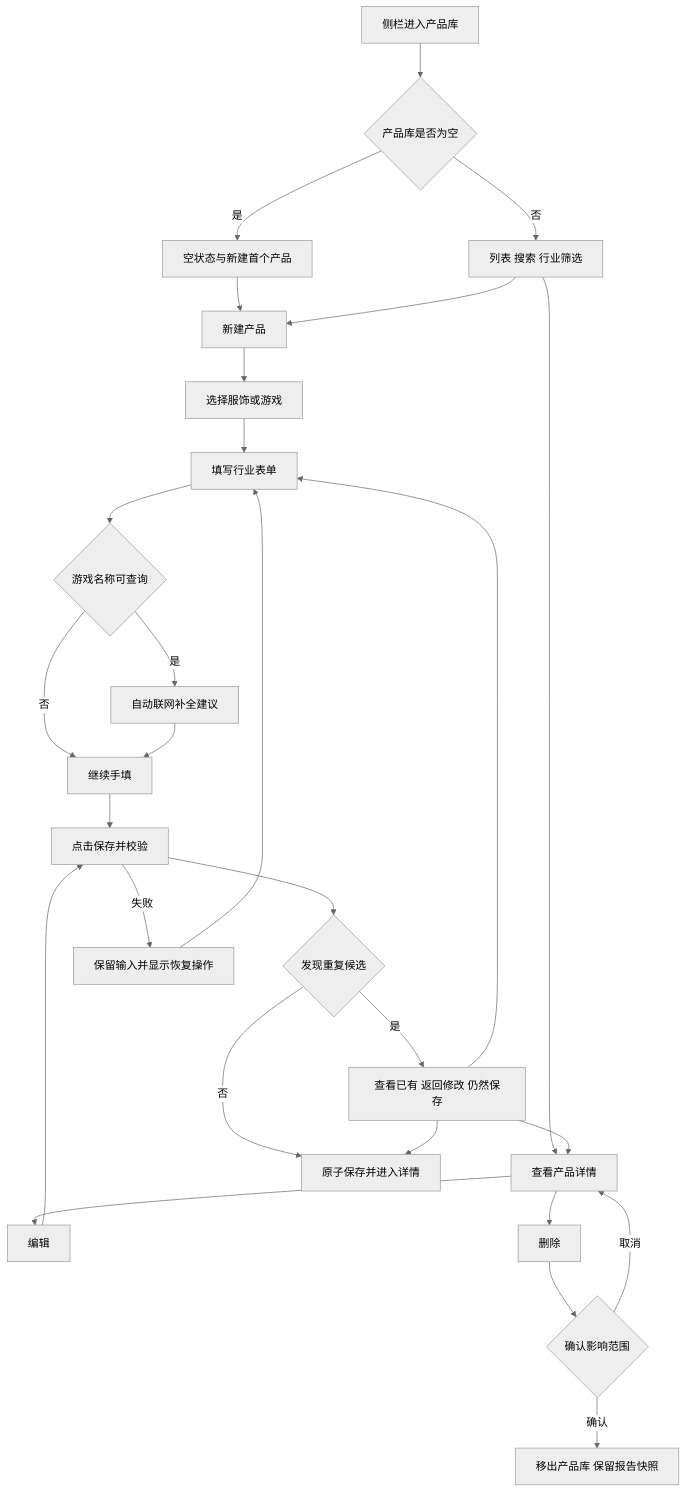
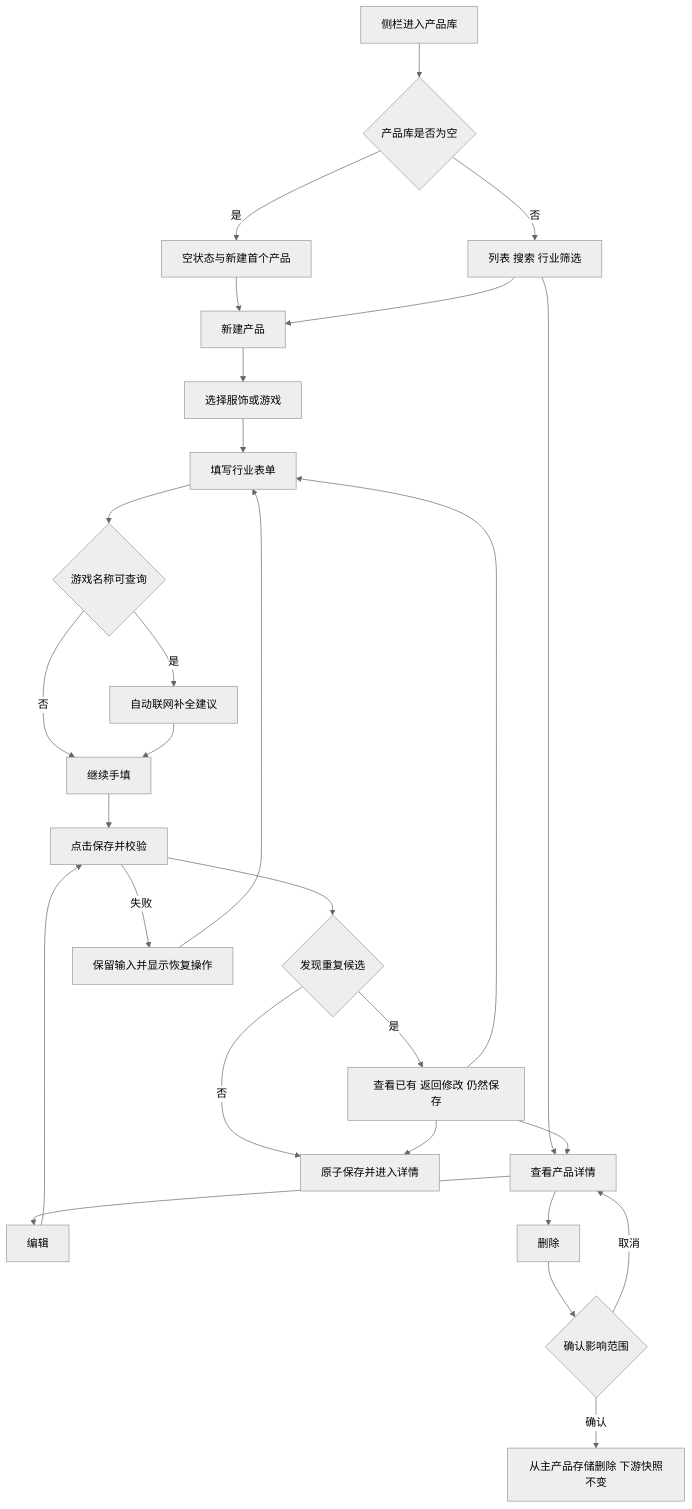
The first of 3 diagrams in docs/requirements/产品库-REQ-0003/产品库-REQ-0003-v1.0.md (wzhic/material), drawn with Mermaid (neutral theme) before and after one commit. The commit also changed other lines of this file and 1 other file, not shown here.

````diff
--- a/docs/requirements/产品库-REQ-0003/产品库-REQ-0003-v1.0.md
+++ b/docs/requirements/产品库-REQ-0003/产品库-REQ-0003-v1.0.md
@@ -270,30 +280,30 @@
 ```mermaid
 flowchart TD
     A[侧栏进入产品库] --> B{产品库是否为空}
     B -- 是 --> C[空状态与新建首个产品]
     B -- 否 --> D[列表 搜索 行业筛选]
     C --> E[新建产品]
     D --> E
     D --> F[查看产品详情]
     F --> G[编辑]
     F --> H[删除]
     E --> I[选择服饰或游戏]
     I --> J[填写行业表单]
     J --> K{游戏名称可查询}
     K -- 是 --> L[自动联网补全建议]
     K -- 否 --> M[继续手填]
     L --> M
     M --> N[点击保存并校验]
     N --> O{发现重复候选}
     O -- 否 --> P[原子保存并进入详情]
     O -- 是 --> Q[查看已有 返回修改 仍然保存]
     Q --> F
     Q --> J
     Q --> P
     N -- 失败 --> R[保留输入并显示恢复操作]
     R --> J
     G --> N
     H --> S{确认影响范围}
     S -- 取消 --> F
-    S -- 确认 --> T[移出产品库 保留报告快照]
+    S -- 确认 --> T[从主产品存储删除 下游快照不变]
 ```
````
